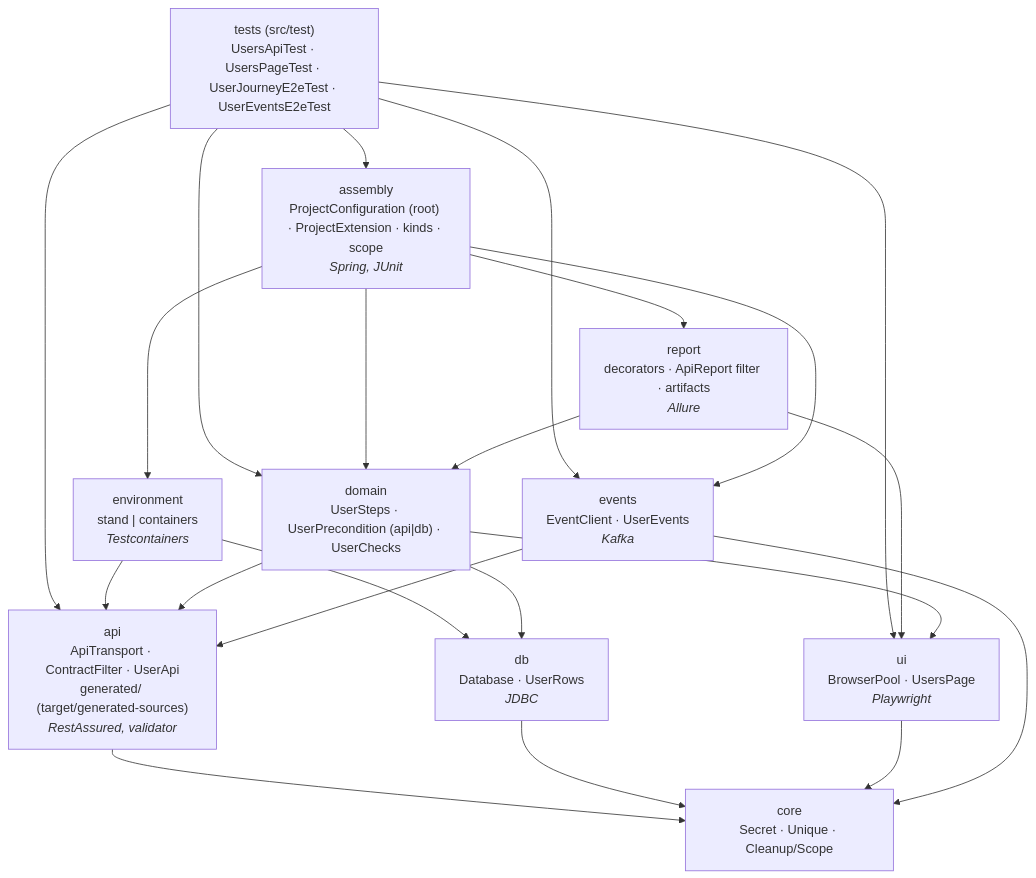
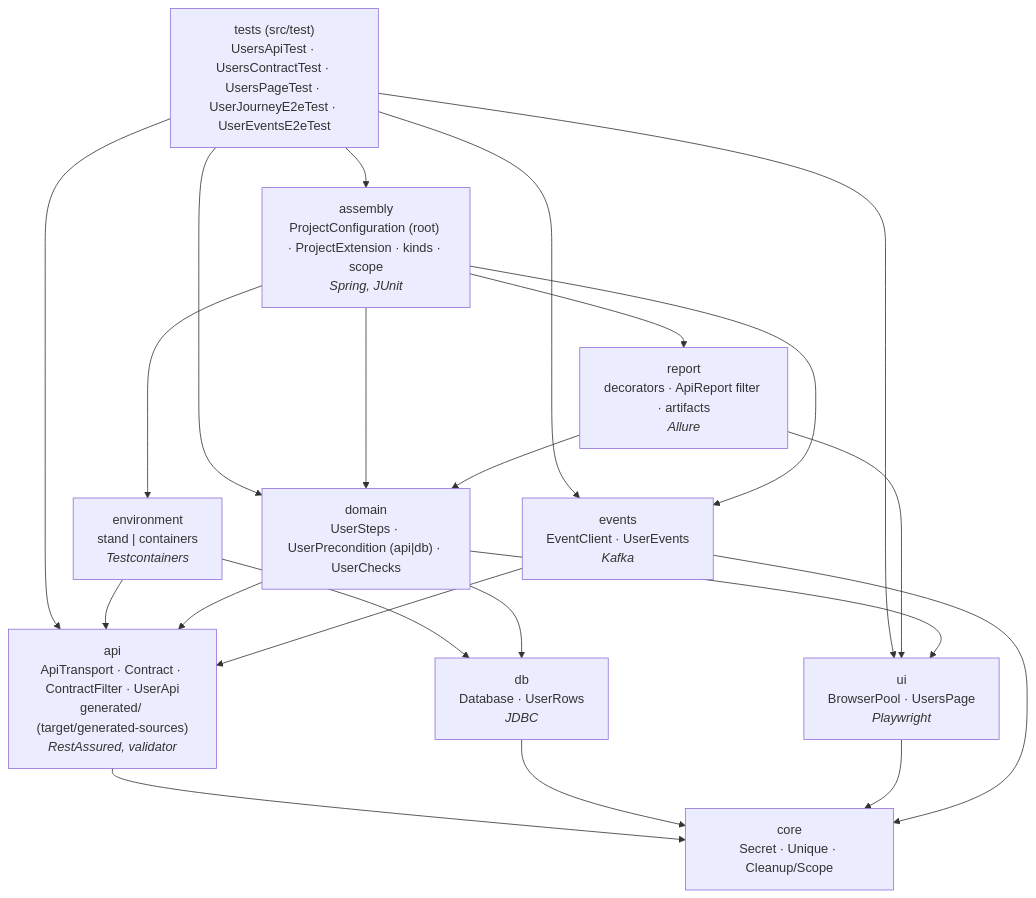
The diagram in project/junit/README.md (ot-maksim/sdet-study), drawn with Mermaid before and after one commit. The commit also changed other lines of this file and 34 other files, not shown here.

First line of the commit message:
Separate contract tests from functional tests (ADR 0015)

````diff
--- a/project/junit/README.md
+++ b/project/junit/README.md
@@ -19,22 +19,22 @@
 ```mermaid
 flowchart TB
-    tests["tests (src/test)<br/>UsersApiTest · UsersPageTest · UserJourneyE2eTest · UserEventsE2eTest"]
+    tests["tests (src/test)<br/>UsersApiTest · UsersContractTest · UsersPageTest · UserJourneyE2eTest · UserEventsE2eTest"]
     assembly["assembly<br/>ProjectConfiguration (root) · ProjectExtension · kinds · scope<br/><i>Spring, JUnit</i>"]
     report["report<br/>decorators · ApiReport filter · artifacts<br/><i>Allure</i>"]
     env["environment<br/>stand | containers<br/><i>Testcontainers</i>"]
     domain["domain<br/>UserSteps · UserPrecondition (api|db) · UserChecks"]
     events["events<br/>EventClient · UserEvents<br/><i>Kafka</i>"]
-    api["api<br/>ApiTransport · ContractFilter · UserApi<br/>generated/ (target/generated-sources)<br/><i>RestAssured, validator</i>"]
+    api["api<br/>ApiTransport · Contract · ContractFilter · UserApi<br/>generated/ (target/generated-sources)<br/><i>RestAssured, validator</i>"]
     db["db<br/>Database · UserRows<br/><i>JDBC</i>"]
     ui["ui<br/>BrowserPool · UsersPage<br/><i>Playwright</i>"]
     core["core<br/>Secret · Unique · Cleanup/Scope"]
 
     tests --> assembly
     tests --> domain & api & ui & events
     assembly --> report & env & domain & events
     report --> domain & ui
     env --> api & db
     domain --> api & db & ui
     events --> api
     api & db & ui & events --> core
 ```
````
